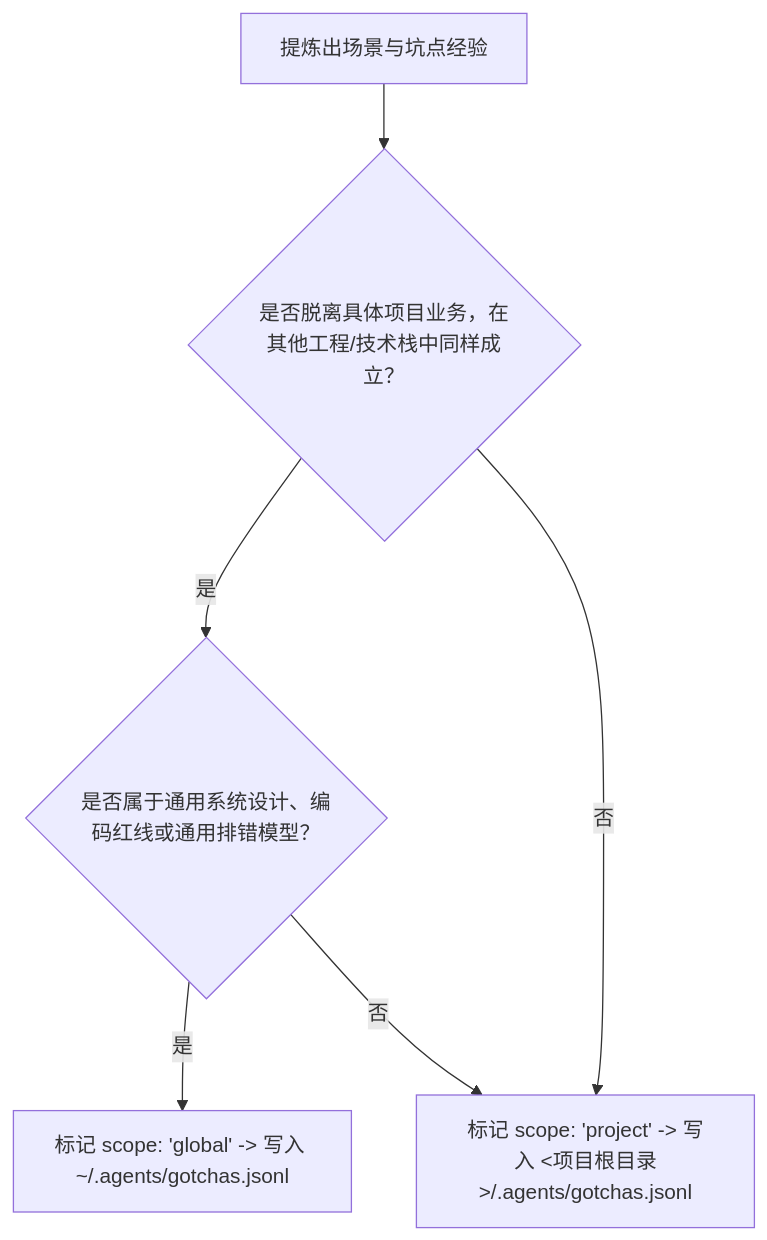
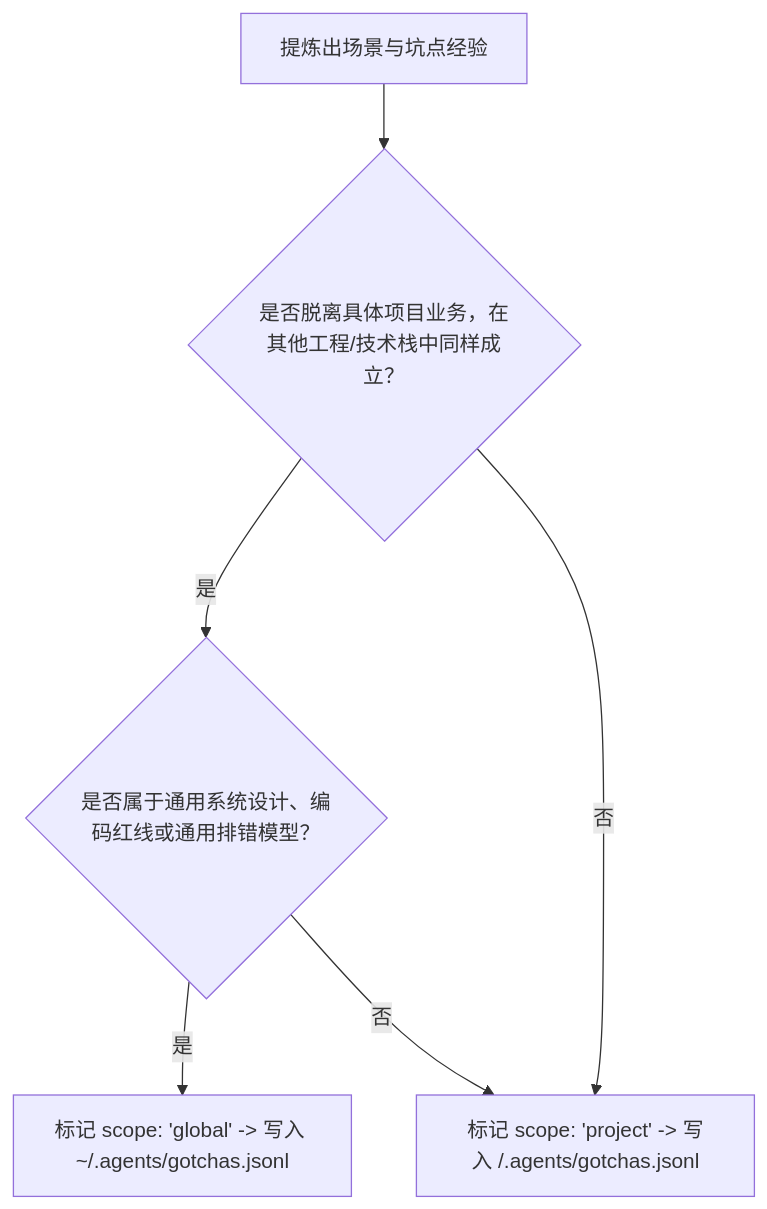
The diagram in skills/session-gotcha-extractor/references/gotcha-contract.md (JHJ1848/jiaohuan-dev), drawn with Mermaid before and after one commit. The commit also changed other lines of this file and 1 other file, not shown here.

Commit message:
feat(gotcha): 支持目标工程根目录解耦、路径越界拦截与 Schema 版本化

````diff
--- a/skills/session-gotcha-extractor/references/gotcha-contract.md
+++ b/skills/session-gotcha-extractor/references/gotcha-contract.md
@@ -20,8 +21,8 @@
 ```mermaid
 flowchart TD
     A["提炼出场景与坑点经验"] --> B{"是否脱离具体项目业务，在其他工程/技术栈中同样成立？"}
     B -- 是 --> C{"是否属于通用系统设计、编码红线或通用排错模型？"}
-    B -- 否 --> D["标记 scope: 'project' -> 写入 <项目根目录>/.agents/gotchas.jsonl"]
+    B -- 否 --> D["标记 scope: 'project' -> 写入 <project-root>/.agents/gotchas.jsonl"]
     C -- 是 --> E["标记 scope: 'global' -> 写入 ~/.agents/gotchas.jsonl"]
     C -- 否 --> D
 ```
````
